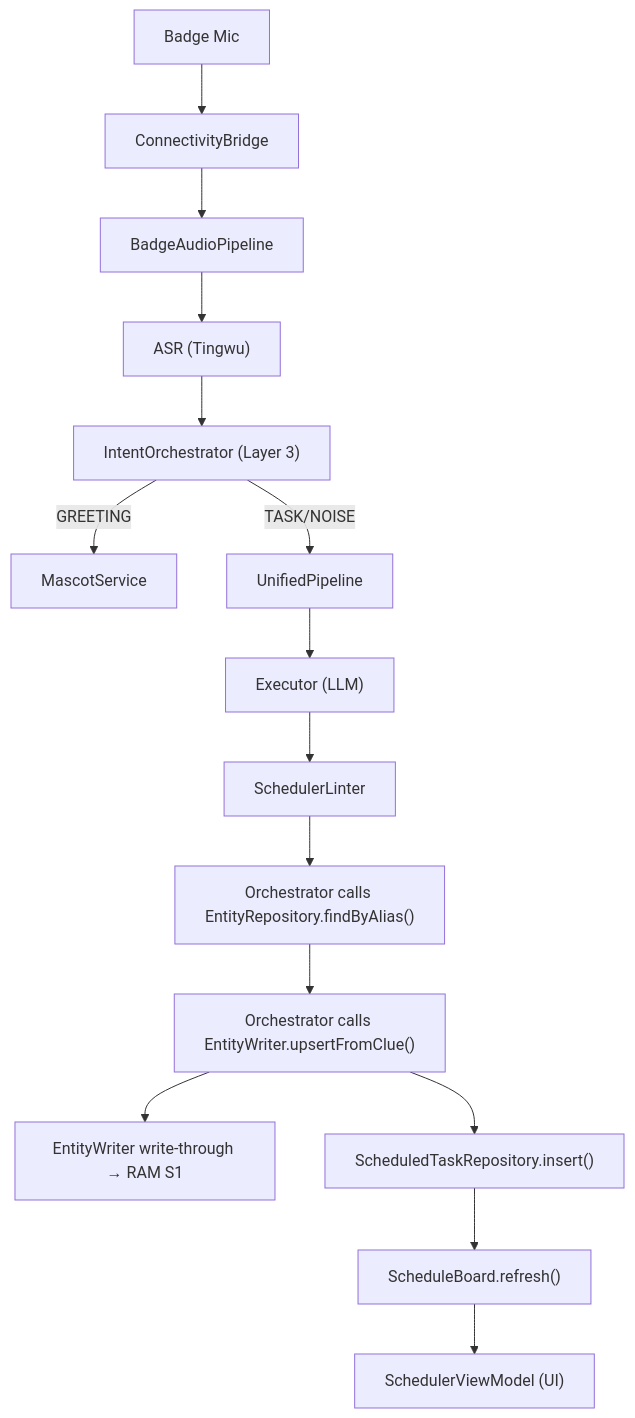
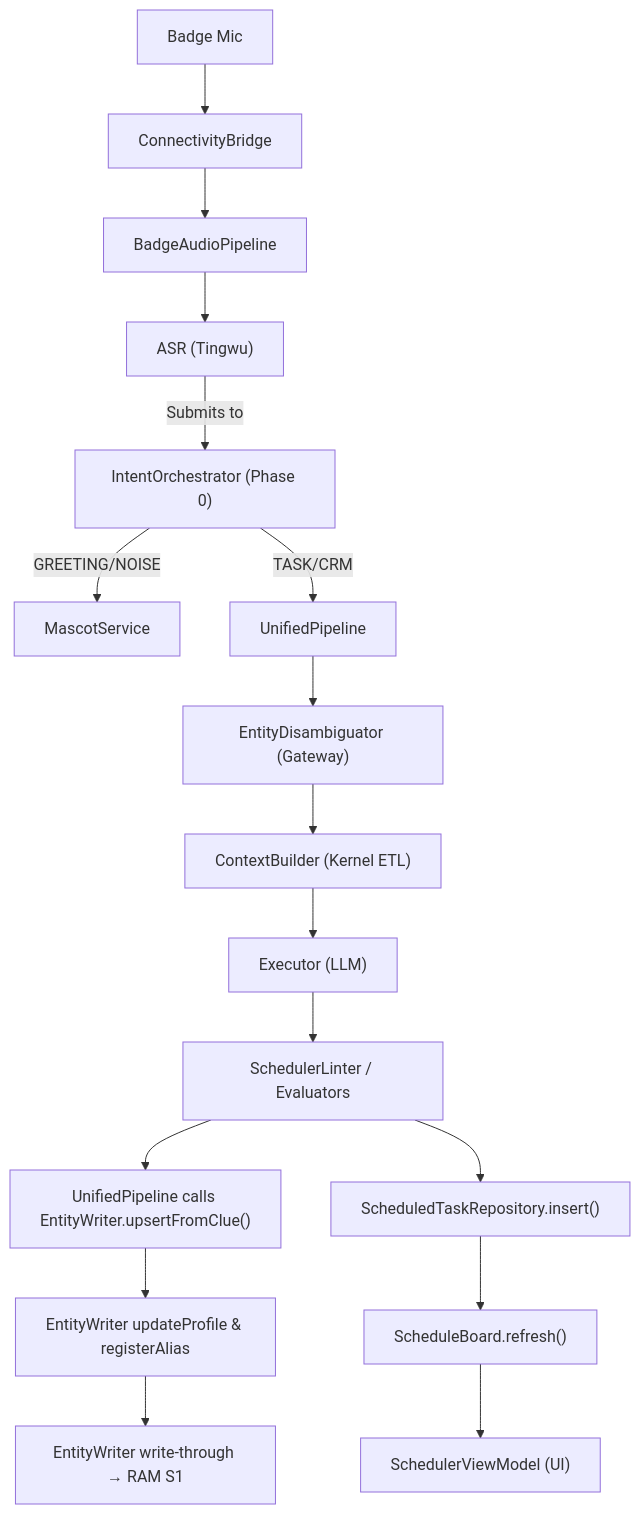
Before and after one commit to esir-nus/smart-sales-main: the diagram in docs/cerb/interface-map.md, drawn with Mermaid. The commit also changed other lines of this file and 65 other files, not shown here.

````diff
--- a/docs/cerb/interface-map.md
+++ b/docs/cerb/interface-map.md
@@ -117,17 +117,19 @@
 ```mermaid
 graph TD
     A["Badge Mic"] --> B["ConnectivityBridge"]
     B --> C["BadgeAudioPipeline"]
     C --> D["ASR (Tingwu)"]
-    D --> E["IntentOrchestrator (Layer 3)"]
-    E -->|GREETING| F1["MascotService"]
-    E -->|TASK/NOISE| E2["UnifiedPipeline"]
-    E2 --> F["Executor (LLM)"]
-    F --> G["SchedulerLinter"]
-    G --> H1["Orchestrator calls EntityRepository.findByAlias()"]
-    H1 --> H2["Orchestrator calls EntityWriter.upsertFromClue()"]
+    D -->|Submits to| E["IntentOrchestrator (Phase 0)"]
+    E -->|GREETING/NOISE| F1["MascotService"]
+    E -->|TASK/CRM| E2["UnifiedPipeline"]
+    E2 --> F0["EntityDisambiguator (Gateway)"]
+    F0 --> F2["ContextBuilder (Kernel ETL)"]
+    F2 --> F["Executor (LLM)"]
+    F --> G["SchedulerLinter / Evaluators"]
+    G --> H1["UnifiedPipeline calls EntityWriter.upsertFromClue()"]
+    H1 --> H2["EntityWriter updateProfile & registerAlias"]
     H2 --> H3["EntityWriter write-through → RAM S1"]
-    H2 --> I["ScheduledTaskRepository.insert()"]
+    G --> I["ScheduledTaskRepository.insert()"]
     I --> J["ScheduleBoard.refresh()"]
     J --> K["SchedulerViewModel (UI)"]
 ```
````
